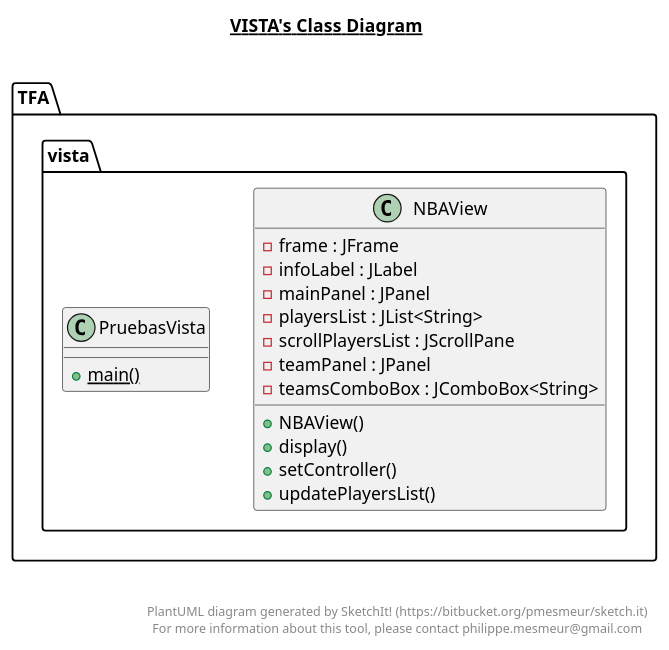
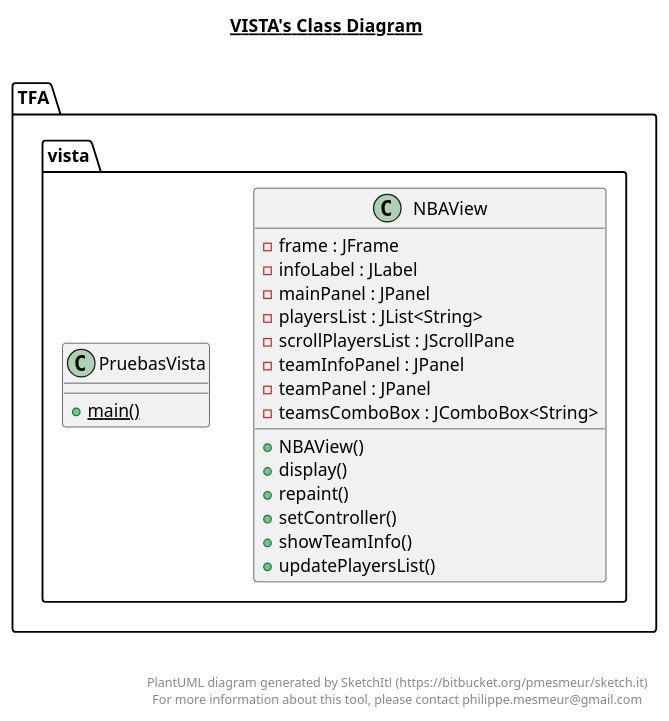
One commit to Diegodmbot/ULL-DAP-TrabajoFinalNBA changed the diagram in src/TFA/vista/vista.plantuml. Above: the diagram before and after it, drawn with PlantUML. The commit also changed 17 other files, not shown here.

```diff
--- a/src/TFA/vista/vista.plantuml
+++ b/src/TFA/vista/vista.plantuml
@@ -1,42 +1,45 @@
 @startuml
 
 title __VISTA's Class Diagram__\n
 
   namespace TFA {
     namespace vista {
       class TFA.vista.NBAView {
           - frame : JFrame
           - infoLabel : JLabel
           - mainPanel : JPanel
           - playersList : JList<String>
           - scrollPlayersList : JScrollPane
+          - teamInfoPanel : JPanel
           - teamPanel : JPanel
           - teamsComboBox : JComboBox<String>
           + NBAView()
           + display()
+          + repaint()
           + setController()
+          + showTeamInfo()
           + updatePlayersList()
       }
     }
   }
   
 
   namespace TFA {
     namespace vista {
       class TFA.vista.PruebasVista {
           {static} + main()
       }
     }
   }
   
 
 
 
 right footer
 
 
 PlantUML diagram generated by SketchIt! (https://bitbucket.org/pmesmeur/sketch.it)
 For more information about this tool, please contact philippe.mesmeur@gmail.com
 endfooter
 
 @enduml
```
